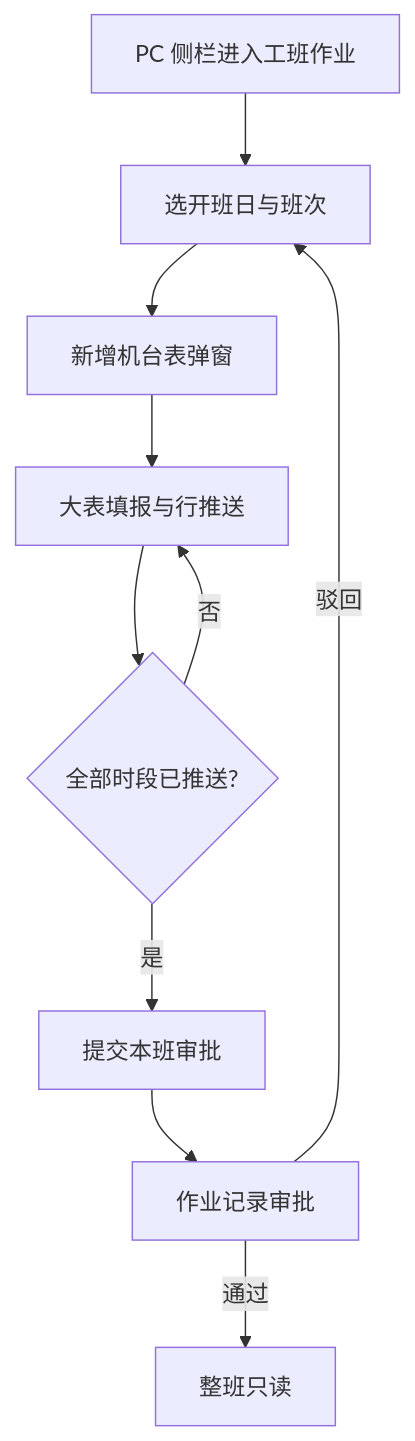
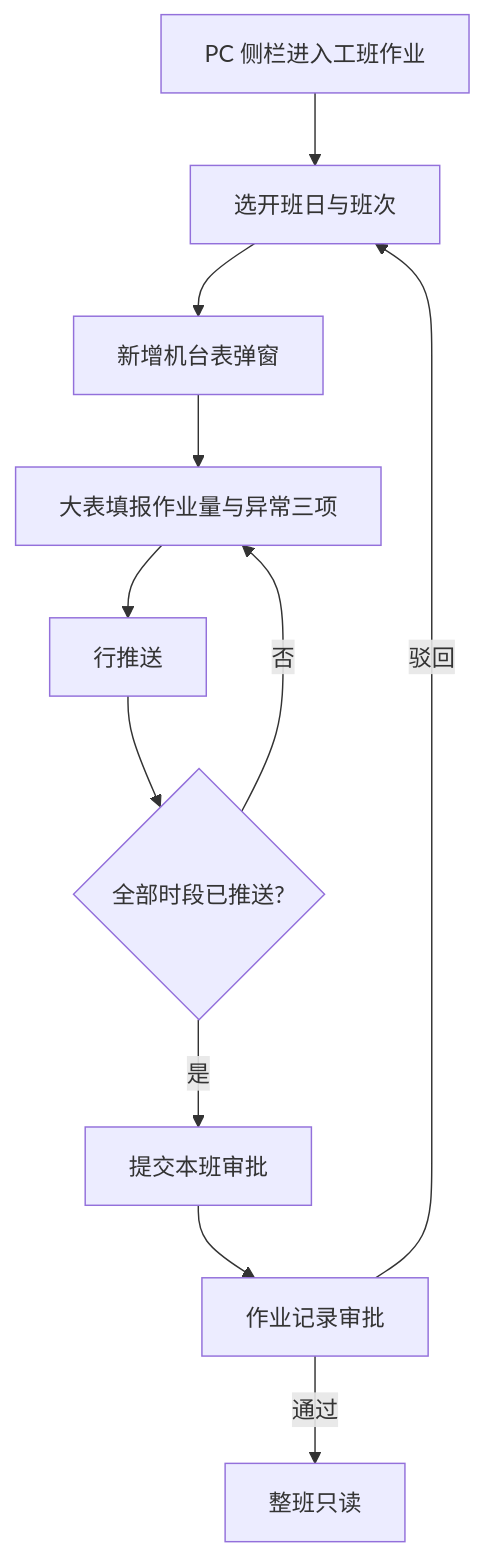
The first of 7 diagrams in docs/versions/v1.1.0/prd.md (liaoliao66/TOS), drawn with Mermaid before and after one commit. The commit also changed other lines of this file and 11 other files, not shown here.

````diff
--- a/docs/versions/v1.1.0/prd.md
+++ b/docs/versions/v1.1.0/prd.md
@@ -254,12 +264,13 @@
 ```mermaid
 flowchart TD
   A[PC 侧栏进入工班作业] --> B[选开班日与班次]
   B --> C[新增机台表弹窗]
-  C --> D[大表填报与行推送]
-  D --> E{全部时段已推送?}
-  E -->|否| D
-  E -->|是| F[提交本班审批]
-  F --> G[作业记录审批]
-  G -->|通过| H[整班只读]
-  G -->|驳回| B
+  C --> D[大表填报作业量与异常三项]
+  D --> E[行推送]
+  E --> F{全部时段已推送?}
+  F -->|否| D
+  F -->|是| G[提交本班审批]
+  G --> H[作业记录审批]
+  H -->|通过| I[整班只读]
+  H -->|驳回| B
 ```
````
